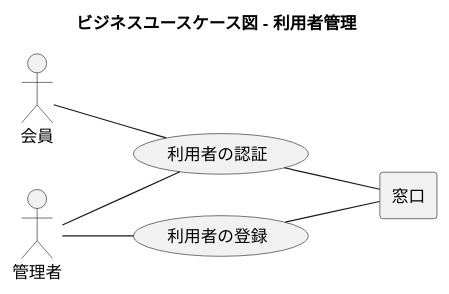
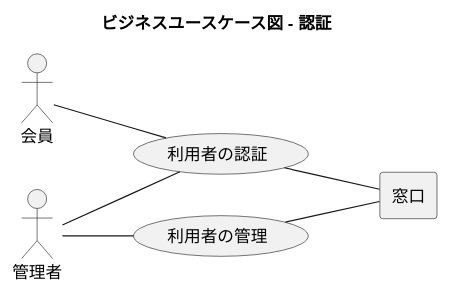
One commit to k2works/case-study-mrs changed the fourth of 20 diagrams in docs/index.adoc. Above: the diagram before and after it, drawn with PlantUML. The commit also changed other lines of this file and 2 other files, not shown here.

Commit message:
feat: 利用者の管理

```diff
--- a/docs/index.adoc
+++ b/docs/index.adoc
@@ -136,25 +136,25 @@
 [plantuml]
 ----
 @startuml
 
-title ビジネスユースケース図 - 利用者管理
+title ビジネスユースケース図 - 認証
 
 left to right direction
 
 actor 会員 as ac_01
 actor 管理者 as ac_02
 
 agent 窓口 as ag_01
 
-usecase 利用者の登録 as uc_01
+usecase 利用者の管理 as uc_01
 usecase 利用者の認証 as uc_02
 
 ac_02 -- (uc_01)
 ac_01 -- (uc_02)
 ac_02 -- (uc_02)
 
 (uc_01) -- ag_01
 (uc_02) -- ag_01
 
 @enduml
 ----
```
